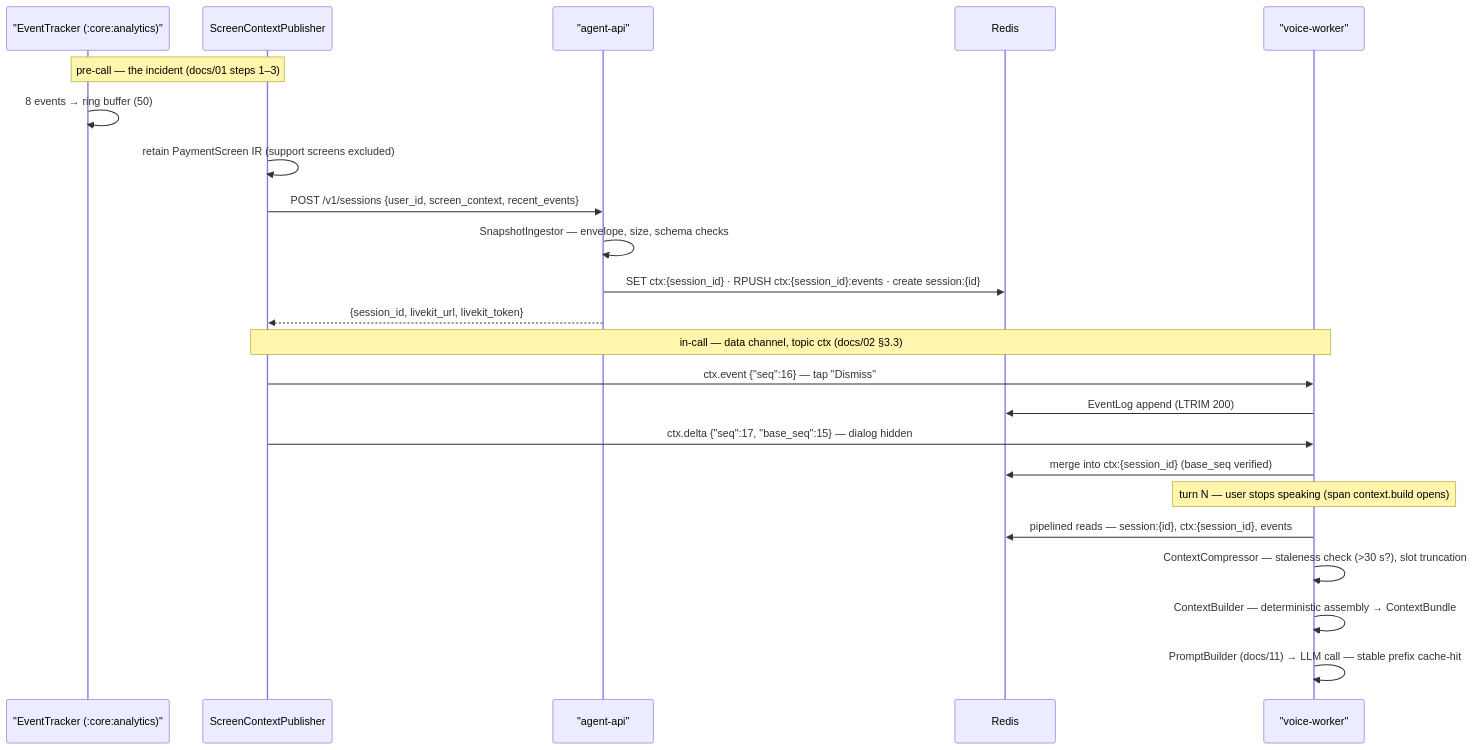
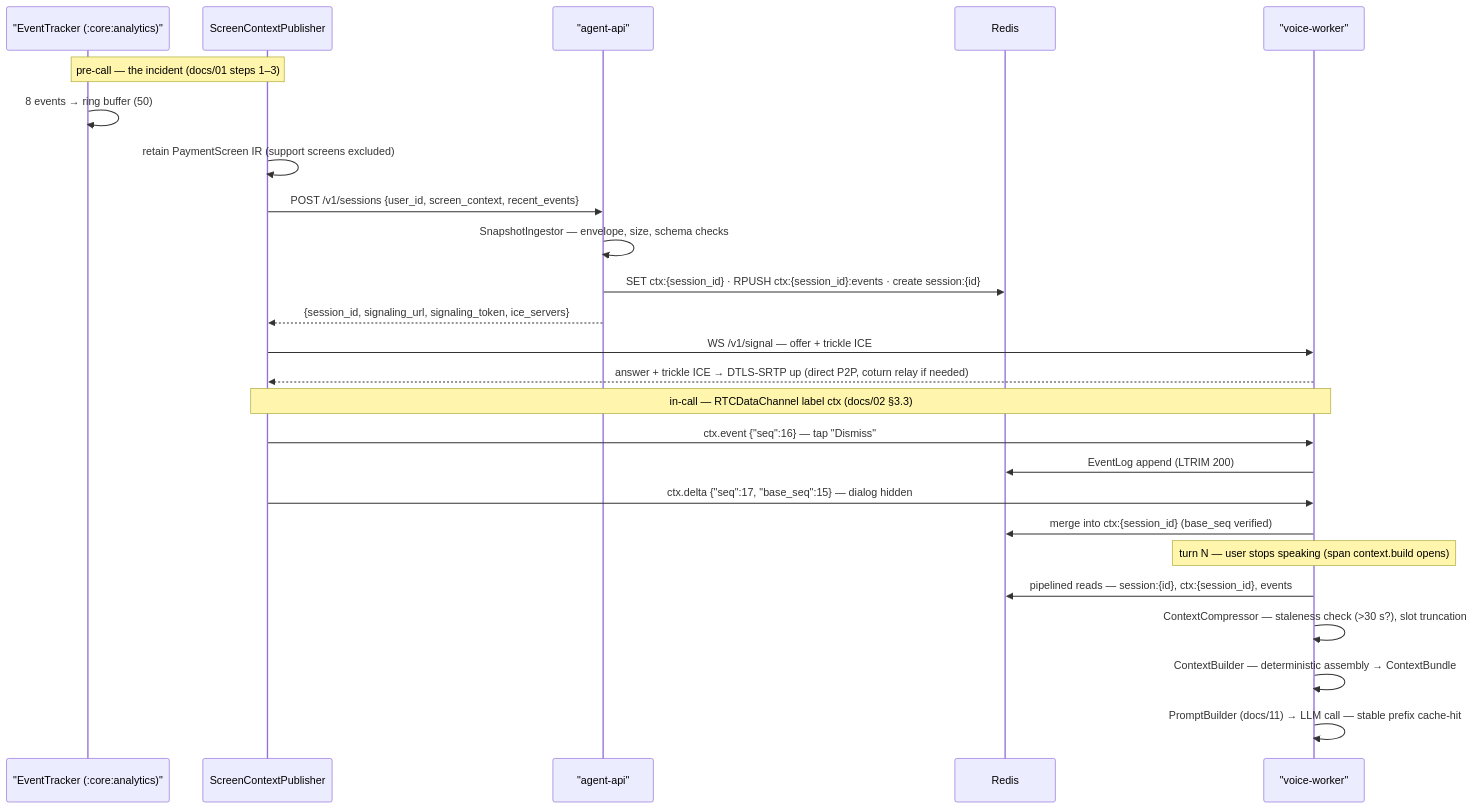
Before and after one commit to bibekanandan892/vyaparpay-voice-agent: the diagram in docs/08-context-and-events.md, drawn with Mermaid. The commit also changed other lines of this file and 22 other files, not shown here.

````diff
--- a/docs/08-context-and-events.md
+++ b/docs/08-context-and-events.md
@@ -223,25 +223,27 @@
 ```mermaid
 sequenceDiagram
     participant ET as "EventTracker (:core:analytics)"
     participant Pub as ScreenContextPublisher
     participant API as "agent-api"
     participant RD as Redis
     participant W as "voice-worker"
     Note over ET,Pub: pre-call — the incident (docs/01 steps 1–3)
     ET->>ET: 8 events → ring buffer (50)
     Pub->>Pub: retain PaymentScreen IR (support screens excluded)
     Pub->>API: POST /v1/sessions {user_id, screen_context, recent_events}
     API->>API: SnapshotIngestor — envelope, size, schema checks
     API->>RD: SET ctx:{session_id} · RPUSH ctx:{session_id}:events · create session:{id}
-    API-->>Pub: {session_id, livekit_url, livekit_token}
-    Note over Pub,W: in-call — data channel, topic ctx (docs/02 §3.3)
+    API-->>Pub: {session_id, signaling_url, signaling_token, ice_servers}
+    Pub->>W: WS /v1/signal — offer + trickle ICE
+    W-->>Pub: answer + trickle ICE → DTLS-SRTP up (direct P2P, coturn relay if needed)
+    Note over Pub,W: in-call — RTCDataChannel label ctx (docs/02 §3.3)
     Pub->>W: ctx.event {"seq":16} — tap "Dismiss"
     W->>RD: EventLog append (LTRIM 200)
     Pub->>W: ctx.delta {"seq":17, "base_seq":15} — dialog hidden
     W->>RD: merge into ctx:{session_id} (base_seq verified)
     Note over W: turn N — user stops speaking (span context.build opens)
     W->>RD: pipelined reads — session:{id}, ctx:{session_id}, events
     W->>W: ContextCompressor — staleness check (>30 s?), slot truncation
     W->>W: ContextBuilder — deterministic assembly → ContextBundle
     W->>W: PromptBuilder (docs/11) → LLM call — stable prefix cache-hit
 ```
````
